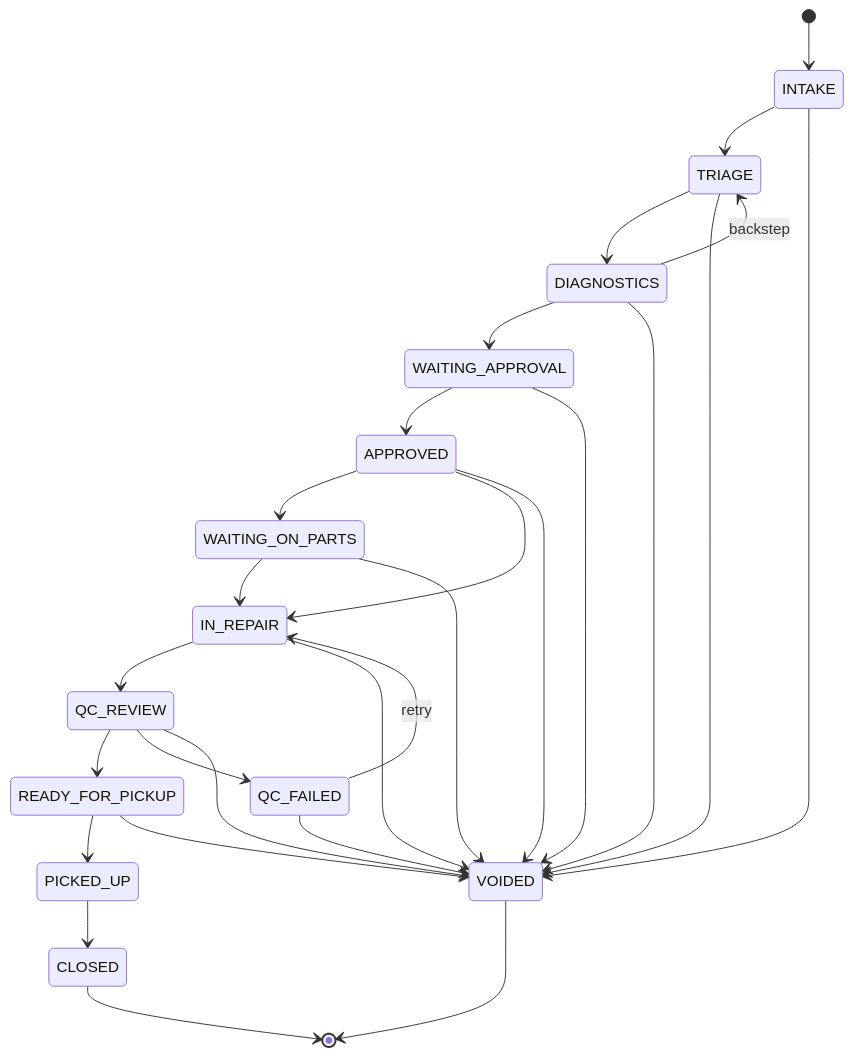
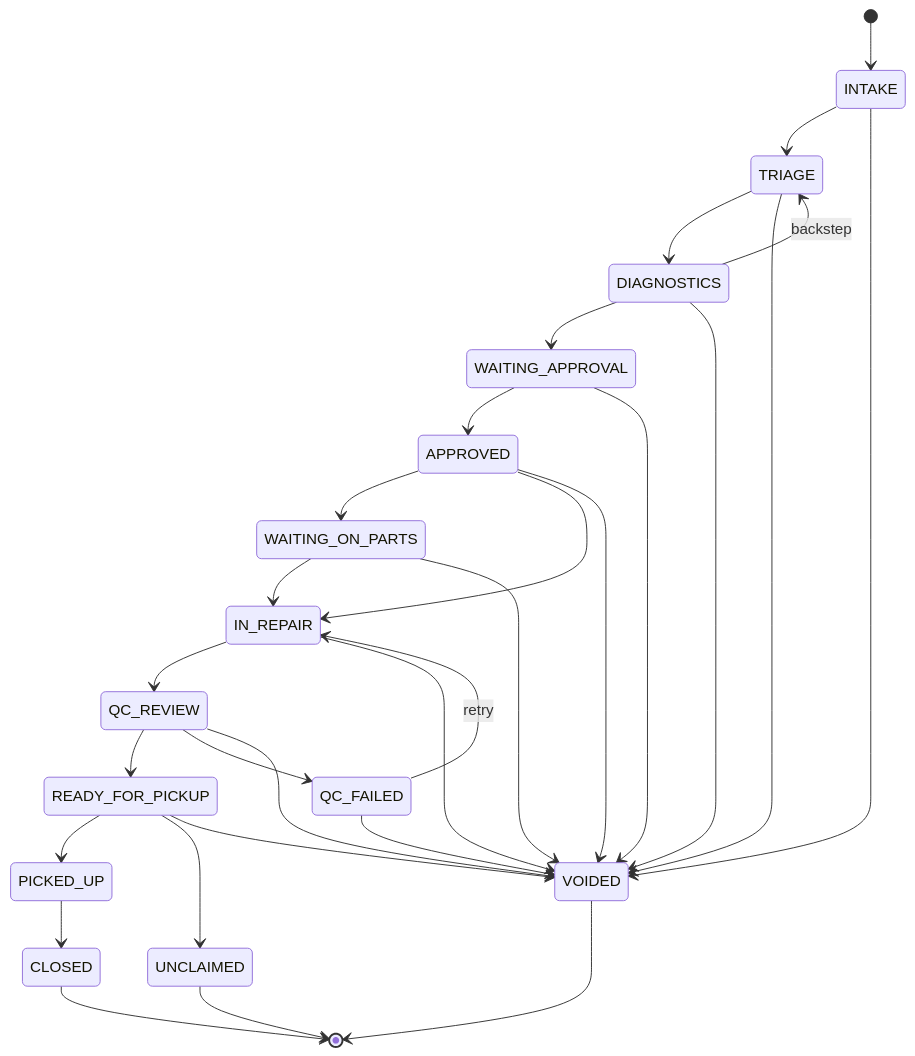
The diagram in src/content/docs/reference/state-machine.mdx (SamEscapeToVR/repair-ops-docs), drawn with Mermaid before and after one commit. The commit also changed other lines of this file and 24 other files, not shown here.

````diff
--- a/src/content/docs/reference/state-machine.mdx
+++ b/src/content/docs/reference/state-machine.mdx
@@ -42,30 +44,32 @@
 ```mermaid
 stateDiagram-v2
     [*] --> INTAKE
     INTAKE --> TRIAGE
     INTAKE --> VOIDED
     TRIAGE --> DIAGNOSTICS
     TRIAGE --> VOIDED
     DIAGNOSTICS --> WAITING_APPROVAL
     DIAGNOSTICS --> TRIAGE : backstep
     DIAGNOSTICS --> VOIDED
     WAITING_APPROVAL --> APPROVED
     WAITING_APPROVAL --> VOIDED
     APPROVED --> WAITING_ON_PARTS
     APPROVED --> IN_REPAIR
     APPROVED --> VOIDED
     WAITING_ON_PARTS --> IN_REPAIR
     WAITING_ON_PARTS --> VOIDED
     IN_REPAIR --> QC_REVIEW
     IN_REPAIR --> VOIDED
     QC_REVIEW --> READY_FOR_PICKUP
     QC_REVIEW --> QC_FAILED
     QC_REVIEW --> VOIDED
     QC_FAILED --> IN_REPAIR : retry
     QC_FAILED --> VOIDED
     READY_FOR_PICKUP --> PICKED_UP
+    READY_FOR_PICKUP --> UNCLAIMED
     READY_FOR_PICKUP --> VOIDED
     PICKED_UP --> CLOSED
     CLOSED --> [*]
+    UNCLAIMED --> [*]
     VOIDED --> [*]
 ```
````
